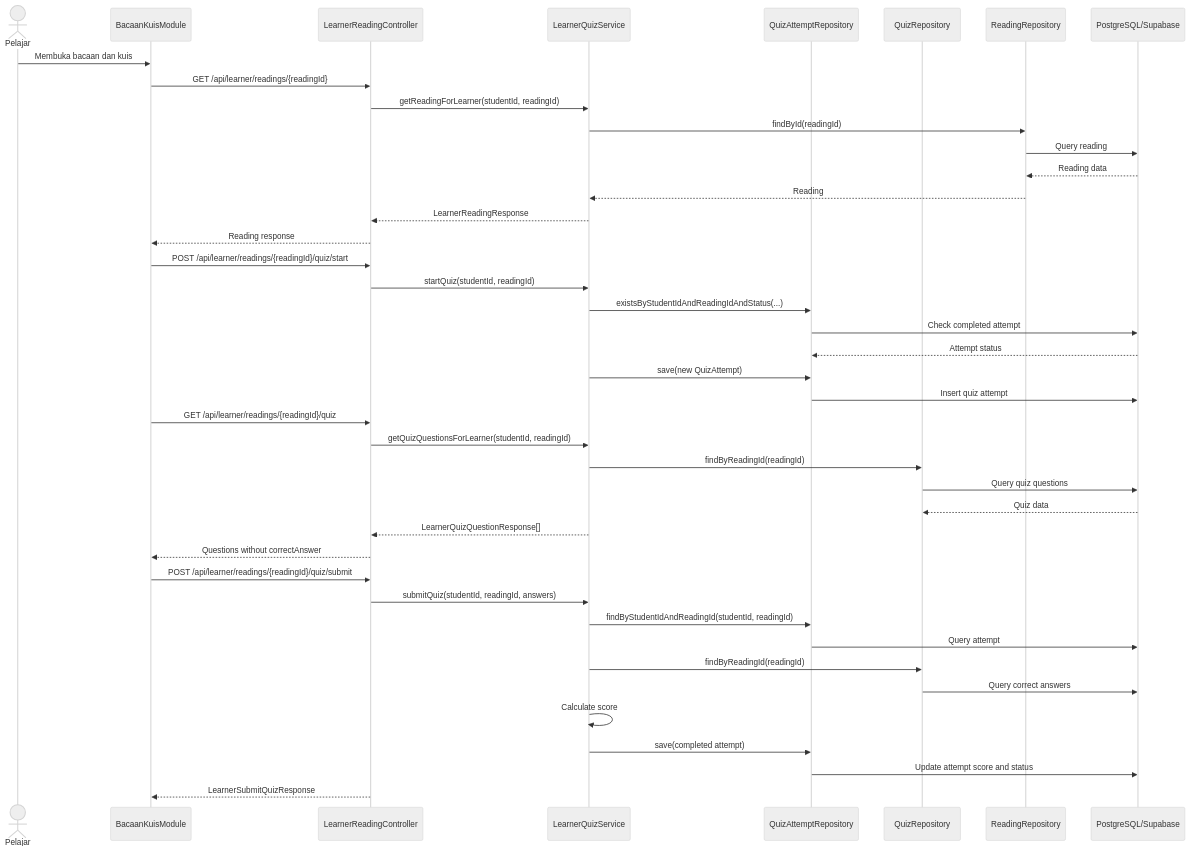
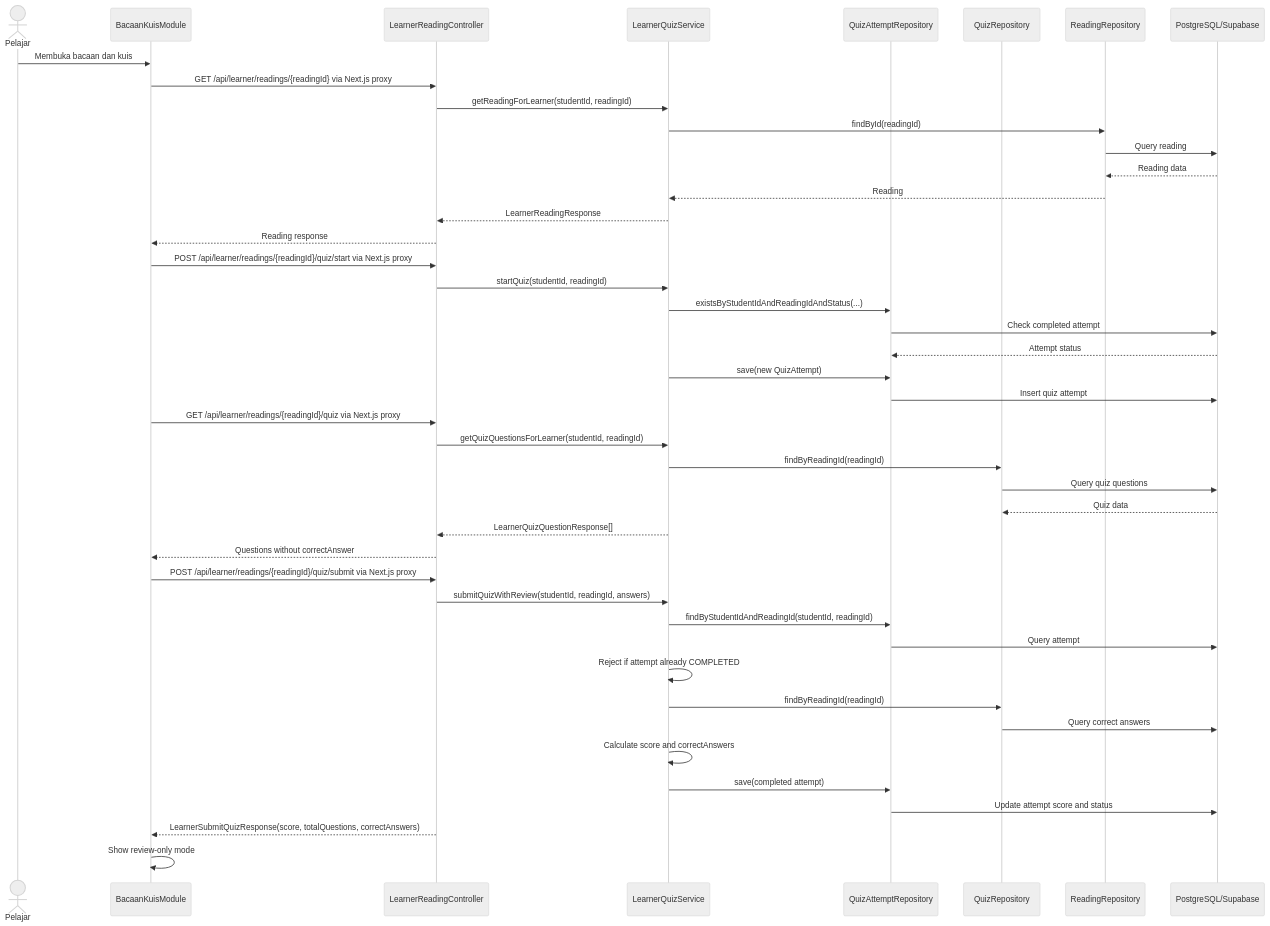
One commit to advprog-2026-B14-project/yomu-bacaan-dan-kuis changed the second of 4 diagrams in README.md. Above: the diagram before and after it, drawn with Mermaid (neutral theme). The commit also changed other lines of this file, not shown here.

Commit message:
update diagrams

````diff
--- a/README.md
+++ b/README.md
@@ -114,48 +120,50 @@
 ```mermaid
 sequenceDiagram
     actor Learner as Pelajar
     participant FE as BacaanKuisModule
     participant Controller as LearnerReadingController
     participant Service as LearnerQuizService
     participant AttemptRepo as QuizAttemptRepository
     participant QuizRepo as QuizRepository
     participant ReadingRepo as ReadingRepository
     participant DB as PostgreSQL/Supabase
 
     Learner->>FE: Membuka bacaan dan kuis
-    FE->>Controller: GET /api/learner/readings/{readingId}
+    FE->>Controller: GET /api/learner/readings/{readingId} via Next.js proxy
     Controller->>Service: getReadingForLearner(studentId, readingId)
     Service->>ReadingRepo: findById(readingId)
     ReadingRepo->>DB: Query reading
     DB-->>ReadingRepo: Reading data
     ReadingRepo-->>Service: Reading
     Service-->>Controller: LearnerReadingResponse
     Controller-->>FE: Reading response
 
-    FE->>Controller: POST /api/learner/readings/{readingId}/quiz/start
+    FE->>Controller: POST /api/learner/readings/{readingId}/quiz/start via Next.js proxy
     Controller->>Service: startQuiz(studentId, readingId)
     Service->>AttemptRepo: existsByStudentIdAndReadingIdAndStatus(...)
     AttemptRepo->>DB: Check completed attempt
     DB-->>AttemptRepo: Attempt status
     Service->>AttemptRepo: save(new QuizAttempt)
     AttemptRepo->>DB: Insert quiz attempt
 
-    FE->>Controller: GET /api/learner/readings/{readingId}/quiz
+    FE->>Controller: GET /api/learner/readings/{readingId}/quiz via Next.js proxy
     Controller->>Service: getQuizQuestionsForLearner(studentId, readingId)
     Service->>QuizRepo: findByReadingId(readingId)
     QuizRepo->>DB: Query quiz questions
     DB-->>QuizRepo: Quiz data
     Service-->>Controller: LearnerQuizQuestionResponse[]
     Controller-->>FE: Questions without correctAnswer
 
-    FE->>Controller: POST /api/learner/readings/{readingId}/quiz/submit
-    Controller->>Service: submitQuiz(studentId, readingId, answers)
+    FE->>Controller: POST /api/learner/readings/{readingId}/quiz/submit via Next.js proxy
+    Controller->>Service: submitQuizWithReview(studentId, readingId, answers)
     Service->>AttemptRepo: findByStudentIdAndReadingId(studentId, readingId)
     AttemptRepo->>DB: Query attempt
+    Service->>Service: Reject if attempt already COMPLETED
     Service->>QuizRepo: findByReadingId(readingId)
     QuizRepo->>DB: Query correct answers
-    Service->>Service: Calculate score
+    Service->>Service: Calculate score and correctAnswers
     Service->>AttemptRepo: save(completed attempt)
     AttemptRepo->>DB: Update attempt score and status
-    Controller-->>FE: LearnerSubmitQuizResponse
+    Controller-->>FE: LearnerSubmitQuizResponse(score, totalQuestions, correctAnswers)
+    FE->>FE: Show review-only mode
 ```
````
